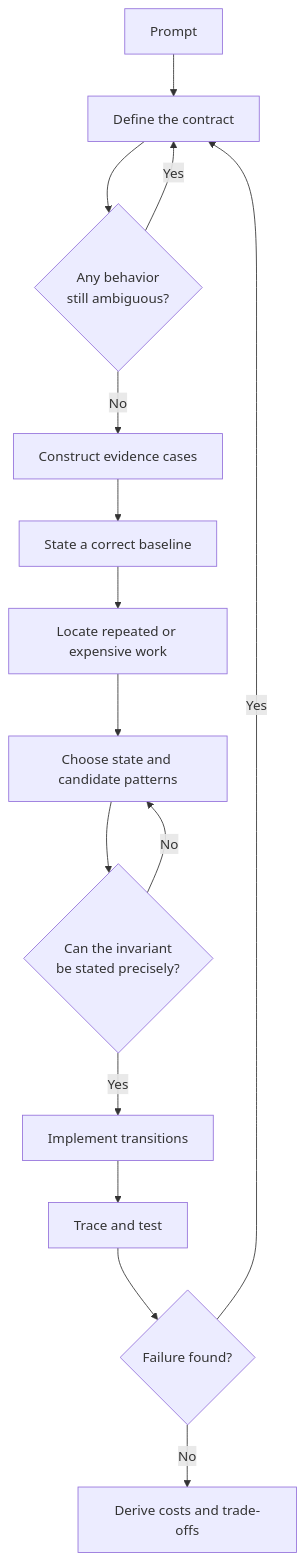
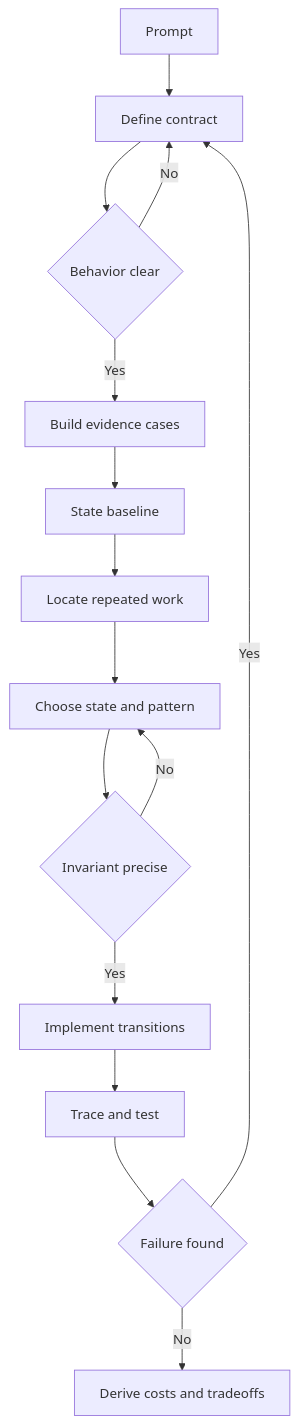
One commit to vinayreddykalluri/SDE2-Interview-Handbook changed the first of 2 diagrams in docs/backend-interview/01-programming-problem-solving/problem-solving-framework.md. Above: the diagram before and after it, drawn with Mermaid. The commit also changed other lines of this file and 21 other files, not shown here.

Commit message:
Add rendered diagrams and runnable coding examples

````diff
--- a/docs/backend-interview/01-programming-problem-solving/problem-solving-framework.md
+++ b/docs/backend-interview/01-programming-problem-solving/problem-solving-framework.md
@@ -10,17 +18,17 @@
 ```mermaid
 flowchart TD
-    P["Prompt"] --> C["Define the contract"]
-    C --> Q{"Any behavior<br/>still ambiguous?"}
-    Q -- Yes --> C
-    Q -- No --> E["Construct evidence cases"]
-    E --> B["State a correct baseline"]
-    B --> R["Locate repeated or expensive work"]
-    R --> S["Choose state and candidate patterns"]
-    S --> J{"Can the invariant<br/>be stated precisely?"}
+    P[Prompt] --> C[Define contract]
+    C --> Q{Behavior clear}
+    Q -- No --> C
+    Q -- Yes --> E[Build evidence cases]
+    E --> B[State baseline]
+    B --> R[Locate repeated work]
+    R --> S[Choose state and pattern]
+    S --> J{Invariant precise}
     J -- No --> S
-    J -- Yes --> K["Implement transitions"]
-    K --> T["Trace and test"]
-    T --> F{"Failure found?"}
+    J -- Yes --> K[Implement transitions]
+    K --> T[Trace and test]
+    T --> F{Failure found}
     F -- Yes --> C
-    F -- No --> A["Derive costs and trade-offs"]
+    F -- No --> A[Derive costs and tradeoffs]
 ```
````
